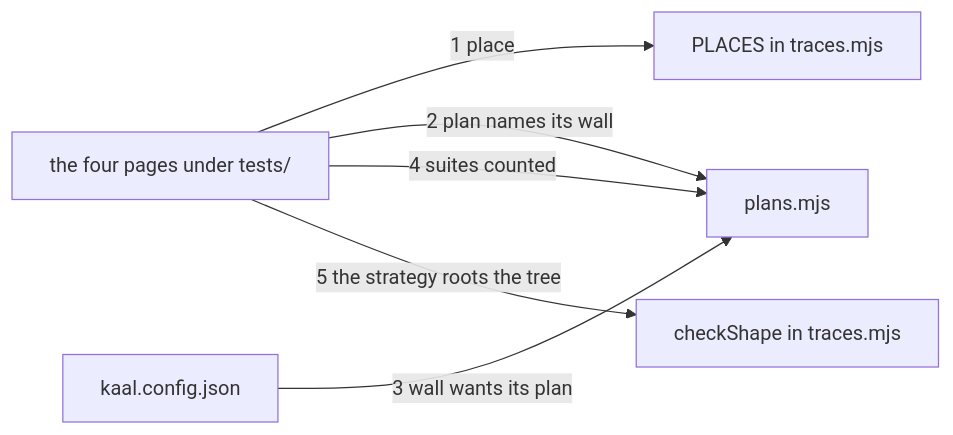
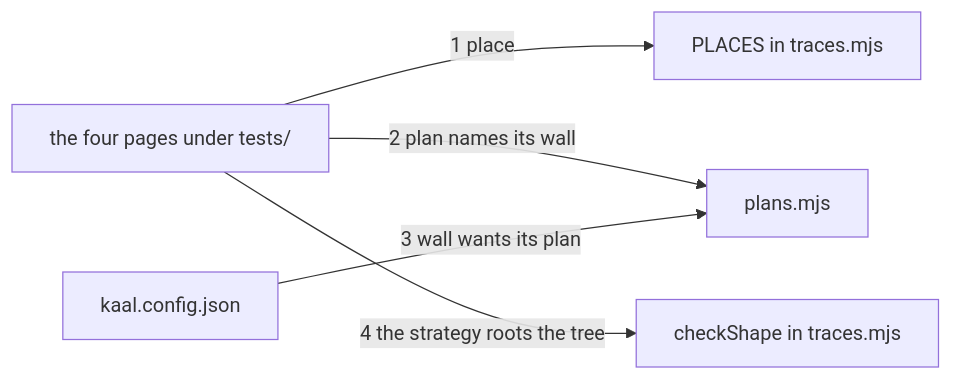
The diagram in architecture/the-test-tree-is-written-down/drawing.md (ChBrain/KAAL), drawn with Mermaid before and after one commit. The commit also changed other lines of this file and 16 other files, not shown here.

````diff
--- a/architecture/the-test-tree-is-written-down/drawing.md
+++ b/architecture/the-test-tree-is-written-down/drawing.md
@@ -92,8 +92,7 @@
 ```mermaid
 flowchart LR
   A[the four pages under tests/] -- "1 place" --> B[PLACES in traces.mjs]
   A -- "2 plan names its wall" --> C[plans.mjs]
   D[kaal.config.json] -- "3 wall wants its plan" --> C
-  A -- "4 suites counted" --> C
-  A -- "5 the strategy roots the tree" --> E[checkShape in traces.mjs]
+  A -- "4 the strategy roots the tree" --> E[checkShape in traces.mjs]
 ```
````
